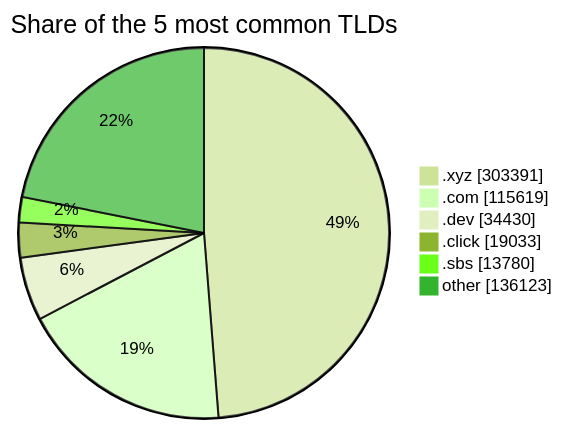
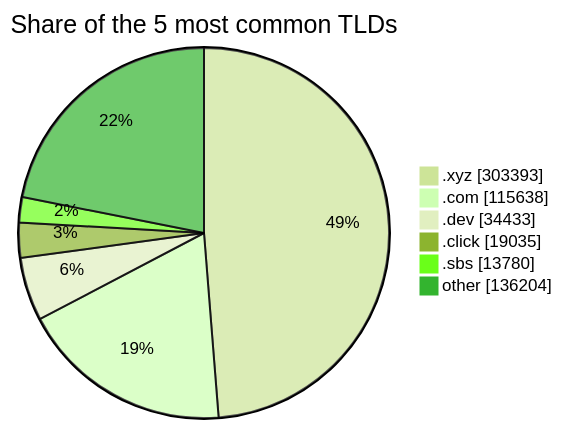
The third of 3 diagrams in README.md (DNSBunker/CTI), drawn with Mermaid (forest theme) before and after one commit. The commit also changed other lines of this file and 3 other files, not shown here.

````diff
--- a/README.md
+++ b/README.md
@@ -81,9 +81,9 @@
 ```mermaid
 pie showData title Share of the 5 most common TLDs
-    ".xyz" : 303391
-    ".com" : 115619
-    ".dev" : 34430
-    ".click" : 19033
+    ".xyz" : 303393
+    ".com" : 115638
+    ".dev" : 34433
+    ".click" : 19035
     ".sbs" : 13780
-    "other" : 136123
+    "other" : 136204
 ```
````
